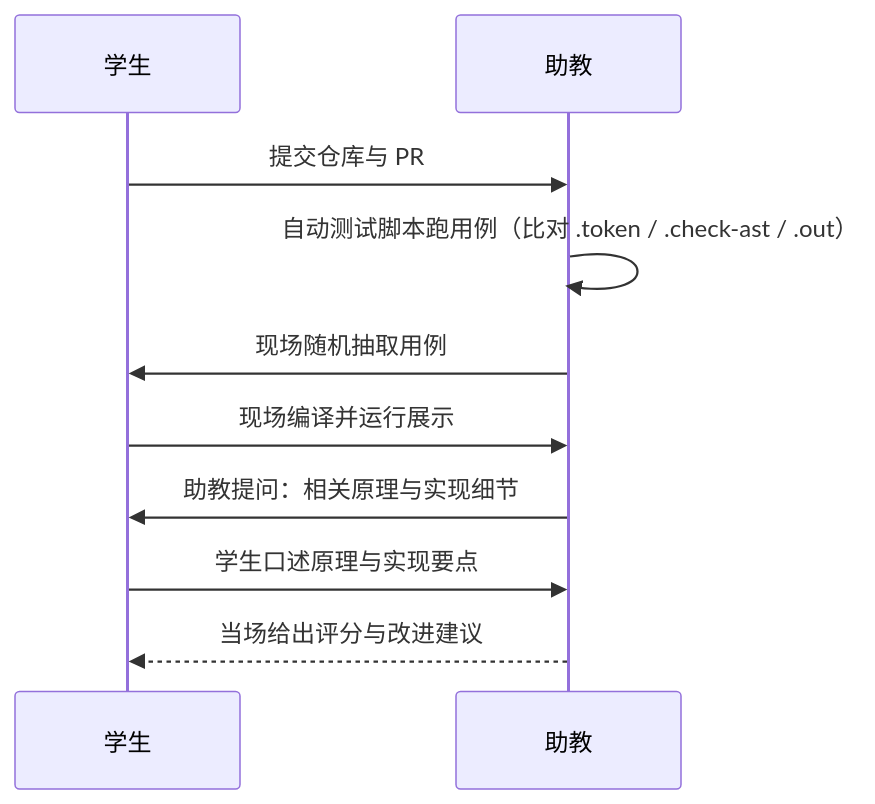
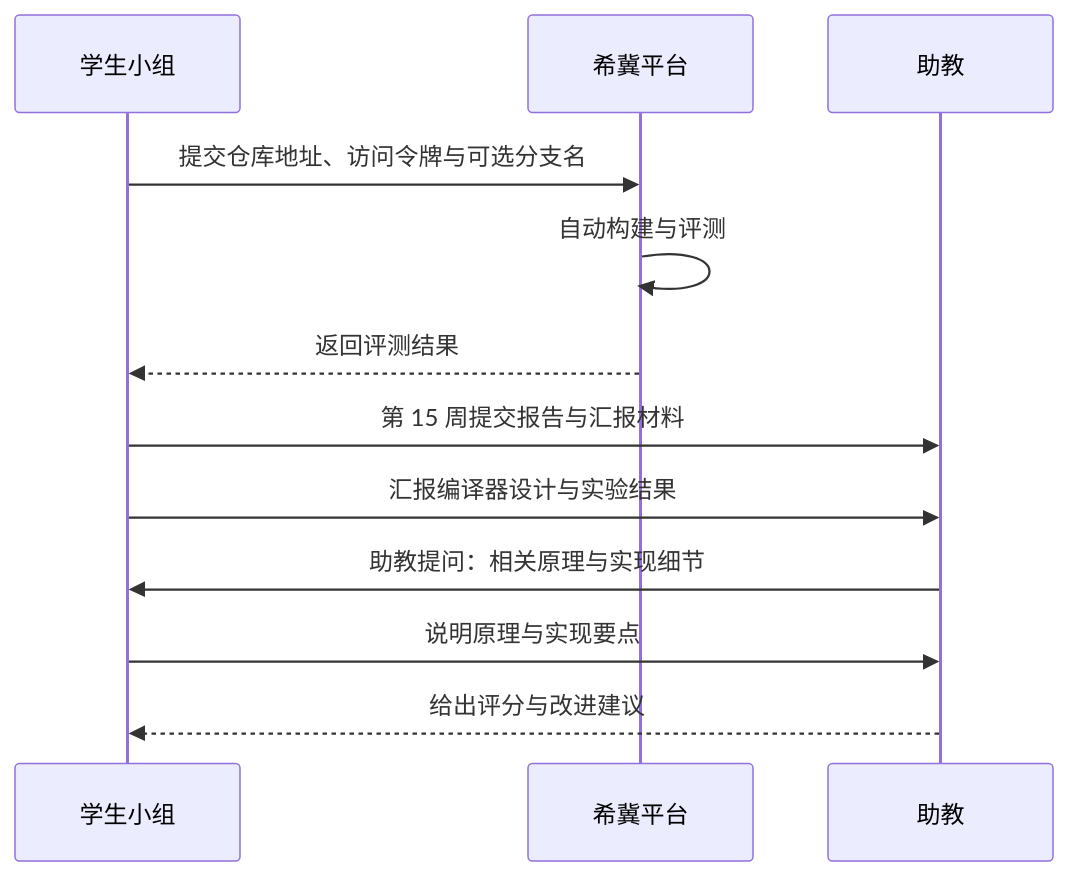
One commit to lightsmilew/compiler-principles changed the fourth of 4 diagrams in docs/labs/capstone.md. Above: the diagram before and after it, drawn with Mermaid. The commit also changed other lines of this file and 32 other files, not shown here.

Commit message:
docs: unify assessment flow and submission guidance

````diff
--- a/docs/labs/capstone.md
+++ b/docs/labs/capstone.md
@@ -224,12 +222,14 @@
 ```mermaid
 sequenceDiagram
-  participant S as 学生
+  participant S as 学生小组
+  participant P as 希冀平台
   participant T as 助教
-  S->>T: 提交仓库与 PR
-  T->>T: 自动测试脚本跑用例（比对 .token / .check-ast / .out）
-  T->>S: 现场随机抽取用例
-  S->>T: 现场编译并运行展示
+  S->>P: 提交仓库地址、访问令牌与可选分支名
+  P->>P: 自动构建与评测
+  P-->>S: 返回评测结果
+  S->>T: 第 15 周提交报告与汇报材料
+  S->>T: 汇报编译器设计与实验结果
   T->>S: 助教提问：相关原理与实现细节
-  S->>T: 学生口述原理与实现要点
-  T-->>S: 当场给出评分与改进建议
+  S->>T: 说明原理与实现要点
+  T-->>S: 给出评分与改进建议
 ```
````
